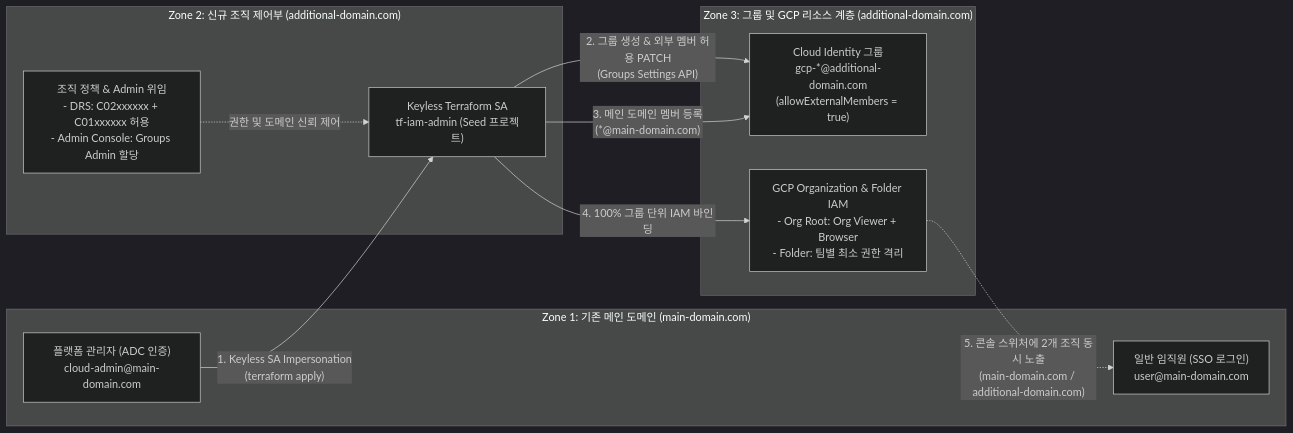
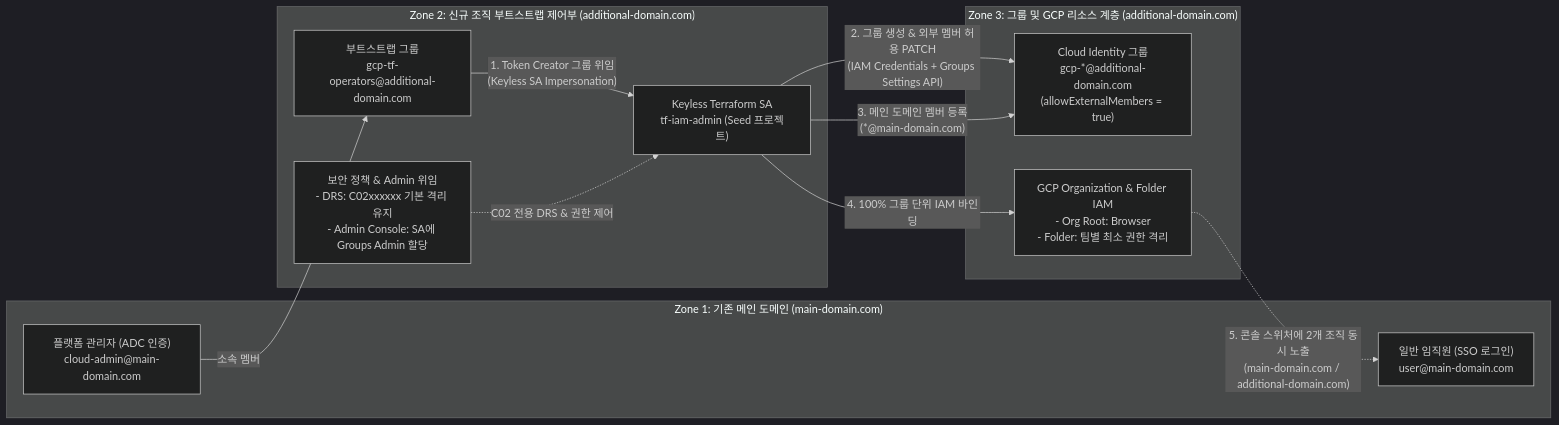
One commit to rom2019/gcp-sandbox changed the first of 2 diagrams in iam/multi-org-group-iam/README.md. Above: the diagram before and after it, drawn with Mermaid (dark theme). The commit also changed other lines of this file and 23 other files, not shown here.

````diff
--- a/iam/multi-org-group-iam/README.md
+++ b/iam/multi-org-group-iam/README.md
@@ -47,24 +47,26 @@
 ```mermaid
 flowchart LR
     subgraph Zone1["Zone 1: 기존 메인 도메인 (main-domain.com)"]
         User["일반 임직원 (SSO 로그인)\nuser@main-domain.com"]
         Admin["플랫폼 관리자 (ADC 인증)\ncloud-admin@main-domain.com"]
     end
 
-    subgraph Zone2["Zone 2: 신규 조직 제어부 (additional-domain.com)"]
+    subgraph Zone2["Zone 2: 신규 조직 부트스트랩 제어부 (additional-domain.com)"]
+        OpGroup["부트스트랩 그룹\ngcp-tf-operators@additional-domain.com"]
         SA["Keyless Terraform SA\ntf-iam-admin (Seed 프로젝트)"]
-        Policy["조직 정책 & Admin 위임\n- DRS: C02xxxxxx + C01xxxxxx 허용\n- Admin Console: Groups Admin 할당"]
+        Policy["보안 정책 & Admin 위임\n- DRS: C02xxxxxx 기본 격리 유지\n- Admin Console: SA에 Groups Admin 할당"]
     end
 
     subgraph Zone3["Zone 3: 그룹 및 GCP 리소스 계층 (additional-domain.com)"]
         CIG["Cloud Identity 그룹\ngcp-*@additional-domain.com\n(allowExternalMembers = true)"]
-        OrgIAM["GCP Organization & Folder IAM\n- Org Root: Org Viewer + Browser\n- Folder: 팀별 최소 권한 격리"]
+        OrgIAM["GCP Organization & Folder IAM\n- Org Root: Browser\n- Folder: 팀별 최소 권한 격리"]
     end
 
-    Admin -->|"1. Keyless SA Impersonation\n(terraform apply)"| SA
-    Policy -.->|"권한 및 도메인 신뢰 제어"| SA
-    SA -->|"2. 그룹 생성 & 외부 멤버 허용 PATCH\n(Groups Settings API)"| CIG
+    Admin -->|"소속 멤버"| OpGroup
+    OpGroup -->|"1. Token Creator 그룹 위임\n(Keyless SA Impersonation)"| SA
+    Policy -.->|"C02 전용 DRS & 권한 제어"| SA
+    SA -->|"2. 그룹 생성 & 외부 멤버 허용 PATCH\n(IAM Credentials + Groups Settings API)"| CIG
     SA -->|"3. 메인 도메인 멤버 등록\n(*@main-domain.com)"| CIG
     SA -->|"4. 100% 그룹 단위 IAM 바인딩"| OrgIAM
     OrgIAM -.->|"5. 콘솔 스위처에 2개 조직 동시 노출\n(main-domain.com / additional-domain.com)"| User
 ```
````
